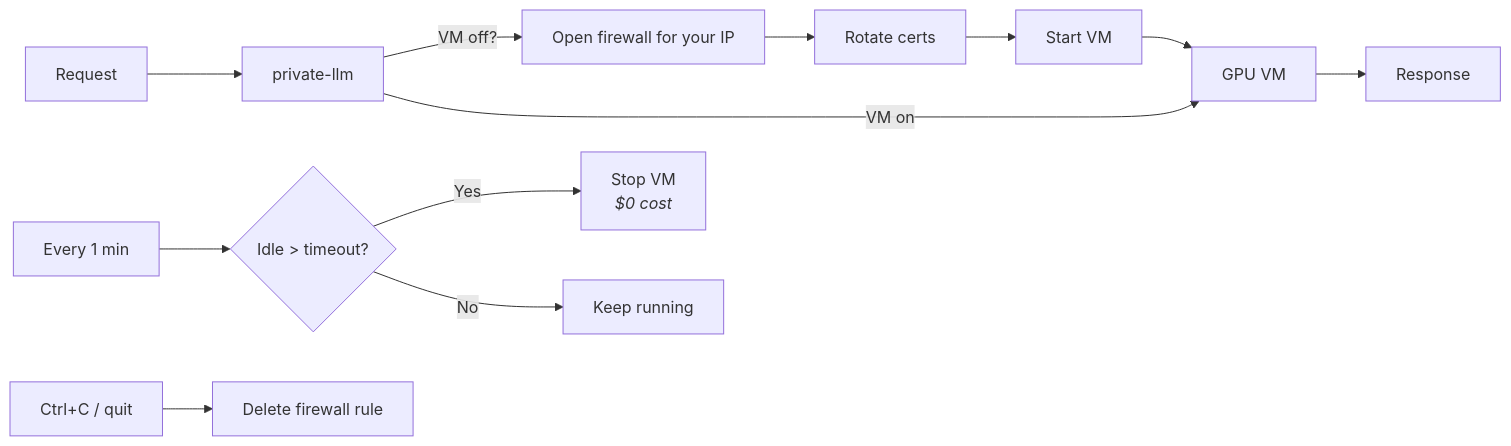
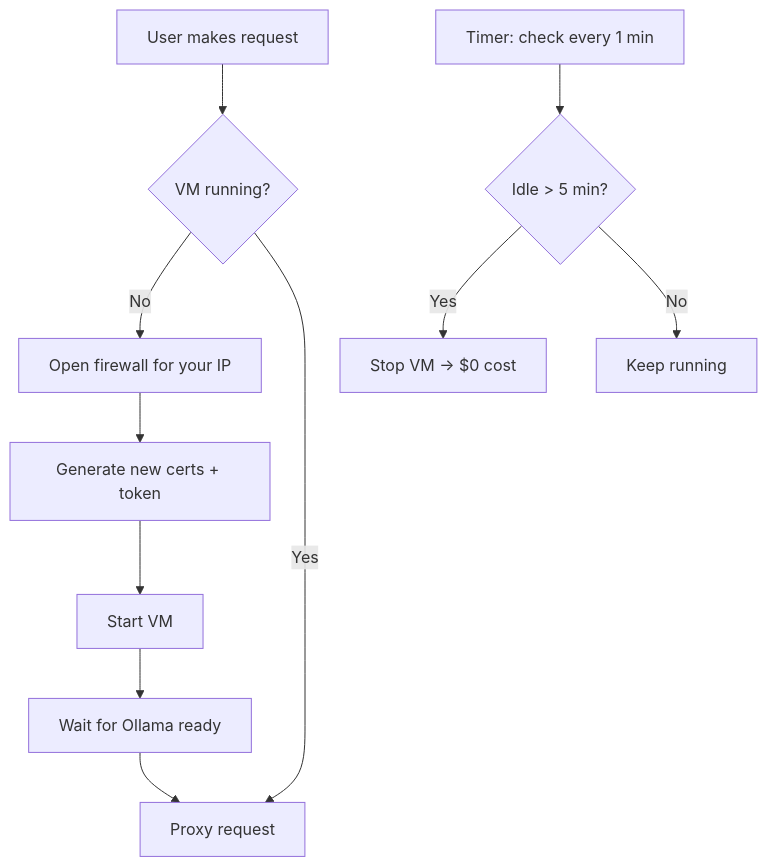
The second of 3 diagrams in README.md (stewartpark/private-llm), drawn with Mermaid before and after one commit. The commit also changed other lines of this file, not shown here.

````diff
--- a/README.md
+++ b/README.md
@@ -236,13 +198,15 @@
 ```mermaid
-flowchart LR
-    Request["Request"] --> Proxy["private-llm"]
-    Proxy -->|"VM off?"| FW["Open firewall for your IP"] --> Rotate["Rotate certs"] --> Start["Start VM"] --> VM
-    Proxy -->|"VM on"| VM["GPU VM"]
-    VM --> Response["Response"]
-
-    Timer["Every 1 min"] --> Check{"Idle > timeout?"}
-    Check -->|Yes| Stop["Stop VM<br/><i>$0 cost</i>"]
-    Check -->|No| Keep["Keep running"]
-
-    Quit["Ctrl+C / quit"] --> Cleanup["Delete firewall rule"]
+flowchart TD
+    A[User makes request] --> B{VM running?}
+    B -->|No| C[Open firewall for your IP]
+    C --> D[Generate new certs + token]
+    D --> E[Start VM]
+    E --> F[Wait for Ollama ready]
+    F --> G[Proxy request]
+    
+    B -->|Yes| G
+    
+    H[Timer: check every 1 min] --> I{Idle > 5 min?}
+    I -->|Yes| J[Stop VM → $0 cost]
+    I -->|No| K[Keep running]
 ```
````
